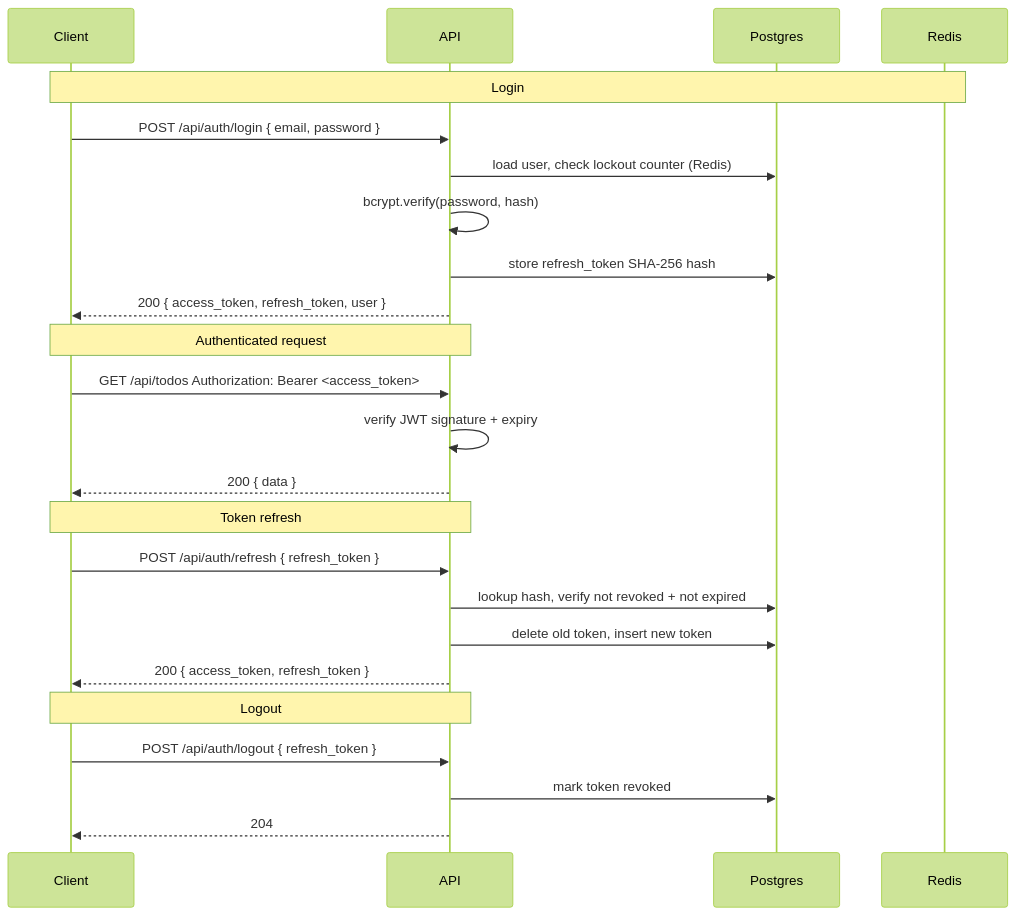
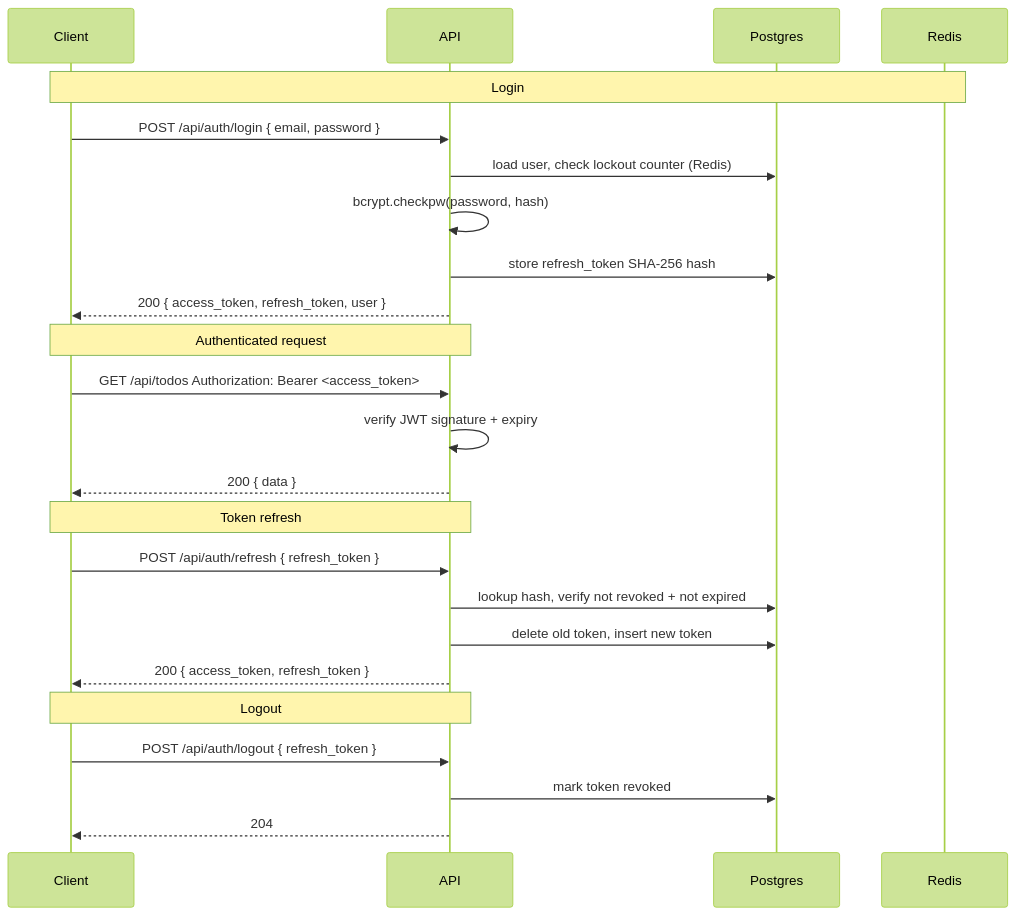
The first of 10 diagrams in docs/AUTH.md (mattjaikaran/fastapi-boilerplate), drawn with Mermaid (forest theme) before and after one commit. The commit also changed other lines of this file and 6 other files, not shown here.

````diff
--- a/docs/AUTH.md
+++ b/docs/AUTH.md
@@ -27,30 +27,30 @@
 ```mermaid
 sequenceDiagram
     participant C as Client
     participant A as API
     participant DB as Postgres
     participant R as Redis
 
     Note over C,R: Login
     C->>A: POST /api/auth/login { email, password }
     A->>DB: load user, check lockout counter (Redis)
-    A->>A: bcrypt.verify(password, hash)
+    A->>A: bcrypt.checkpw(password, hash)
     A->>DB: store refresh_token SHA-256 hash
     A-->>C: 200 { access_token, refresh_token, user }
 
     Note over C,A: Authenticated request
     C->>A: GET /api/todos Authorization: Bearer <access_token>
     A->>A: verify JWT signature + expiry
     A-->>C: 200 { data }
 
     Note over C,A: Token refresh
     C->>A: POST /api/auth/refresh { refresh_token }
     A->>DB: lookup hash, verify not revoked + not expired
     A->>DB: delete old token, insert new token
     A-->>C: 200 { access_token, refresh_token }
 
     Note over C,A: Logout
     C->>A: POST /api/auth/logout { refresh_token }
     A->>DB: mark token revoked
     A-->>C: 204
 ```
````
